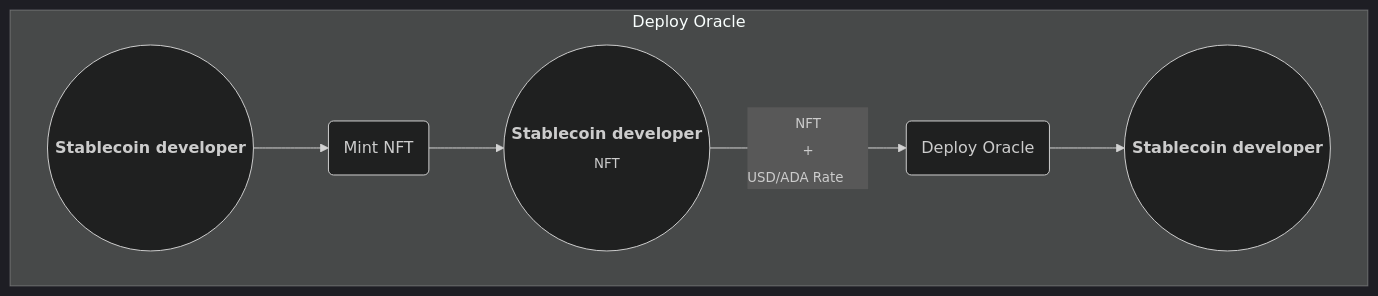
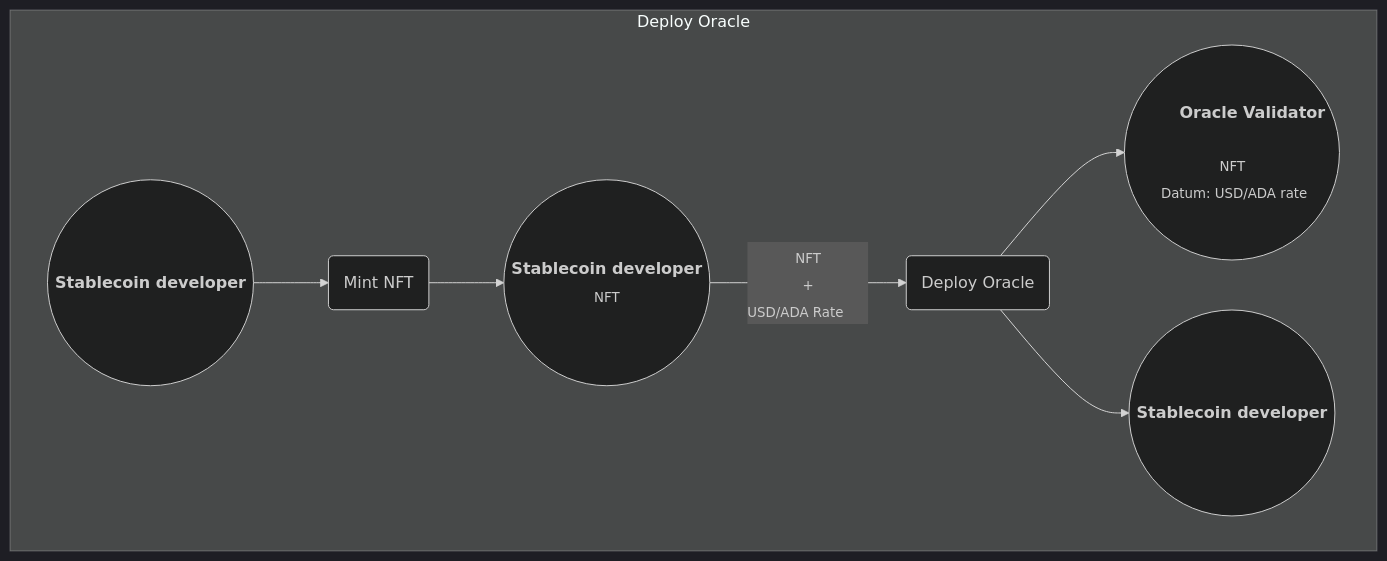
Before and after one commit to input-output-hk/plutus-pioneer-program: the first of 7 diagrams in code/Week09/README.md, drawn with Mermaid (dark theme).

````diff
--- a/code/Week09/README.md
+++ b/code/Week09/README.md
@@ -27,10 +27,11 @@
 ```mermaid
 flowchart LR
     subgraph Deploy [Deploy Oracle]
     direction LR
     A1((<b>Stablecoin developer</b>)) --> A2(Mint NFT)
     A2 --> A3((<b>Stablecoin developer</b> <br> <sub>NFT</sub>))
     A3 -->|"<sub>NFT <br> + <br> USD/ADA Rate  &#8199 &#8199</sub>"| A4(Deploy Oracle)
-    A4 --> A5((<b>Stablecoin developer</b>))
+    A4 --> A5(("&#8199 &#8199 &#8199 <b>Oracle Validator</b> &#8199 &#8199 &#8199 <br> <sub>NFT <br> Datum: USD/ADA rate</sub>"))
+    A4 --> A6((<b>Stablecoin developer</b>))
     end
 ```
````
